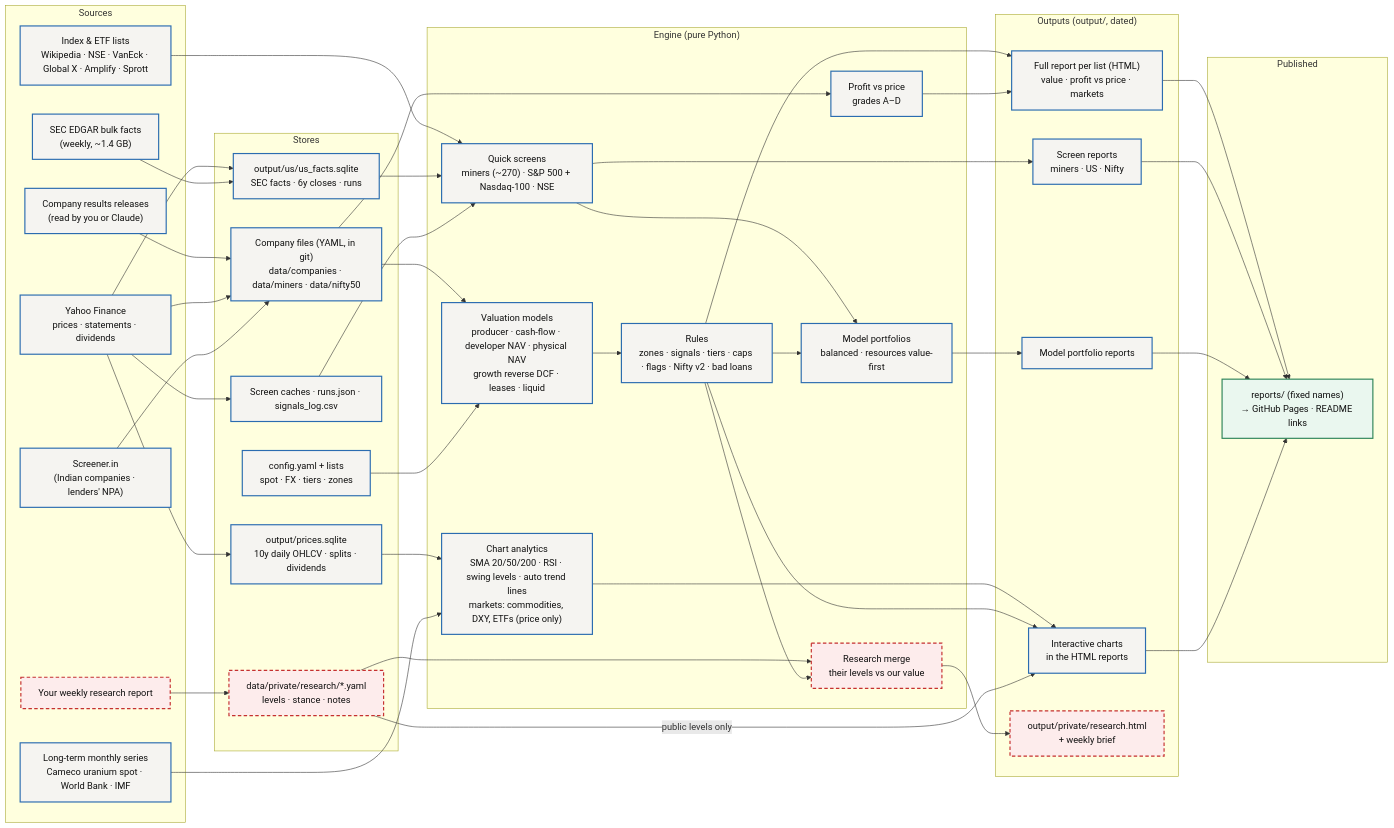
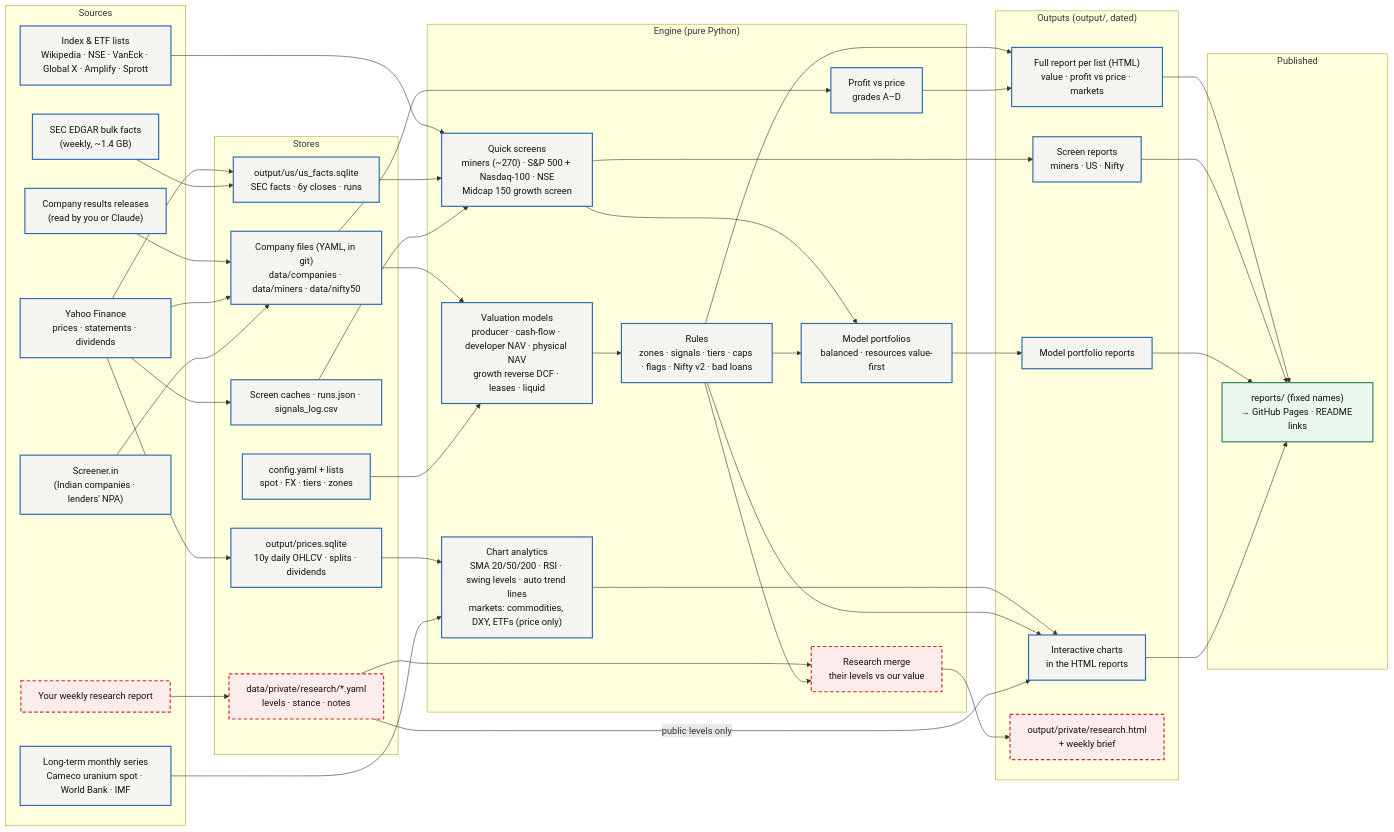
One commit to vijayvadapalli/value-screener changed the first of 5 diagrams in docs/ARCHITECTURE.md. Above: the diagram before and after it, drawn with Mermaid. The commit also changed other lines of this file and 161 other files, not shown here.

Commit message:
Screens midcaps for P/E ≤ 15, EPS growth > 20% a year over 5 and 3 years, and at least 12% a year expected over a 5-year hold. Flags promoter holding below 60% or falling.

````diff
--- a/docs/ARCHITECTURE.md
+++ b/docs/ARCHITECTURE.md
@@ -20,64 +20,64 @@
 ```mermaid
 flowchart LR
   classDef done fill:#F5F4F1,stroke:#2B6CB0,stroke-width:2px,color:#111
   classDef next fill:#FFFFFF,stroke:#2B6CB0,stroke-width:2px,stroke-dasharray:6 4,color:#111
   classDef priv fill:#FDECEC,stroke:#C53030,stroke-width:2px,stroke-dasharray:6 4,color:#111
   classDef pub fill:#EAF7EF,stroke:#2F855A,stroke-width:2px,color:#111
 
   subgraph SRC["Sources"]
     REL["Company results releases<br/>(read by you or Claude)"]:::done
     YF["Yahoo Finance<br/>prices · statements · dividends"]:::done
     SEC["SEC EDGAR bulk facts<br/>(weekly, ~1.4 GB)"]:::done
     SIN["Screener.in<br/>(Indian companies · lenders' NPA)"]:::done
     IDX["Index & ETF lists<br/>Wikipedia · NSE · VanEck · Global X · Amplify · Sprott"]:::done
     LT["Long-term monthly series<br/>Cameco uranium spot · World Bank · IMF"]:::done
     WR["Your weekly research report"]:::priv
   end
 
   subgraph STORE["Stores"]
     CF["Company files (YAML, in git)<br/>data/companies · data/miners · data/nifty50"]:::done
     CFG["config.yaml + lists<br/>spot · FX · tiers · zones"]:::done
     FDB["output/us/us_facts.sqlite<br/>SEC facts · 6y closes · runs"]:::done
     CACHE["Screen caches · runs.json · signals_log.csv"]:::done
     PDB["output/prices.sqlite<br/>10y daily OHLCV · splits · dividends"]:::done
     RES["data/private/research/*.yaml<br/>levels · stance · notes"]:::priv
   end
 
   subgraph ENG["Engine (pure Python)"]
     MOD["Valuation models<br/>producer · cash-flow · developer NAV · physical NAV<br/>growth reverse DCF · leases · liquid"]:::done
     RUL["Rules<br/>zones · signals · tiers · caps · flags · Nifty v2 · bad loans"]:::done
     PVP["Profit vs price<br/>grades A–D"]:::done
-    QS["Quick screens<br/>miners (~270) · S&P 500 + Nasdaq-100 · NSE"]:::done
+    QS["Quick screens<br/>miners (~270) · S&P 500 + Nasdaq-100 · NSE<br/>Midcap 150 growth screen"]:::done
     MP["Model portfolios<br/>balanced · resources value-first"]:::done
     TA["Chart analytics<br/>SMA 20/50/200 · RSI · swing levels · auto trend lines<br/>markets: commodities, DXY, ETFs (price only)"]:::done
     MRG["Research merge<br/>their levels vs our value"]:::priv
   end
 
   subgraph OUT["Outputs (output/, dated)"]
     FULL["Full report per list (HTML)<br/>value · profit vs price · markets"]:::done
     SCR["Screen reports<br/>miners · US · Nifty"]:::done
     MPR["Model portfolio reports"]:::done
     CH["Interactive charts<br/>in the HTML reports"]:::done
     PRIV["output/private/research.html<br/>+ weekly brief"]:::priv
   end
 
   subgraph PUB["Published"]
     REP["reports/ (fixed names)<br/>→ GitHub Pages · README links"]:::pub
   end
 
   REL --> CF
   YF --> CF & CACHE & FDB & PDB
   SEC --> FDB
   SIN --> CF
   IDX --> QS
   WR --> RES
   CF & CFG --> MOD --> RUL --> FULL
   CF --> PVP --> FULL
   FDB & CACHE --> QS --> SCR
   QS & RUL --> MP --> MPR
   PDB & LT --> TA --> CH
   RUL --> CH
   RES -- "public levels only" --> CH
   RES & RUL --> MRG --> PRIV
   FULL & SCR & MPR & CH --> REP
 ```
````
